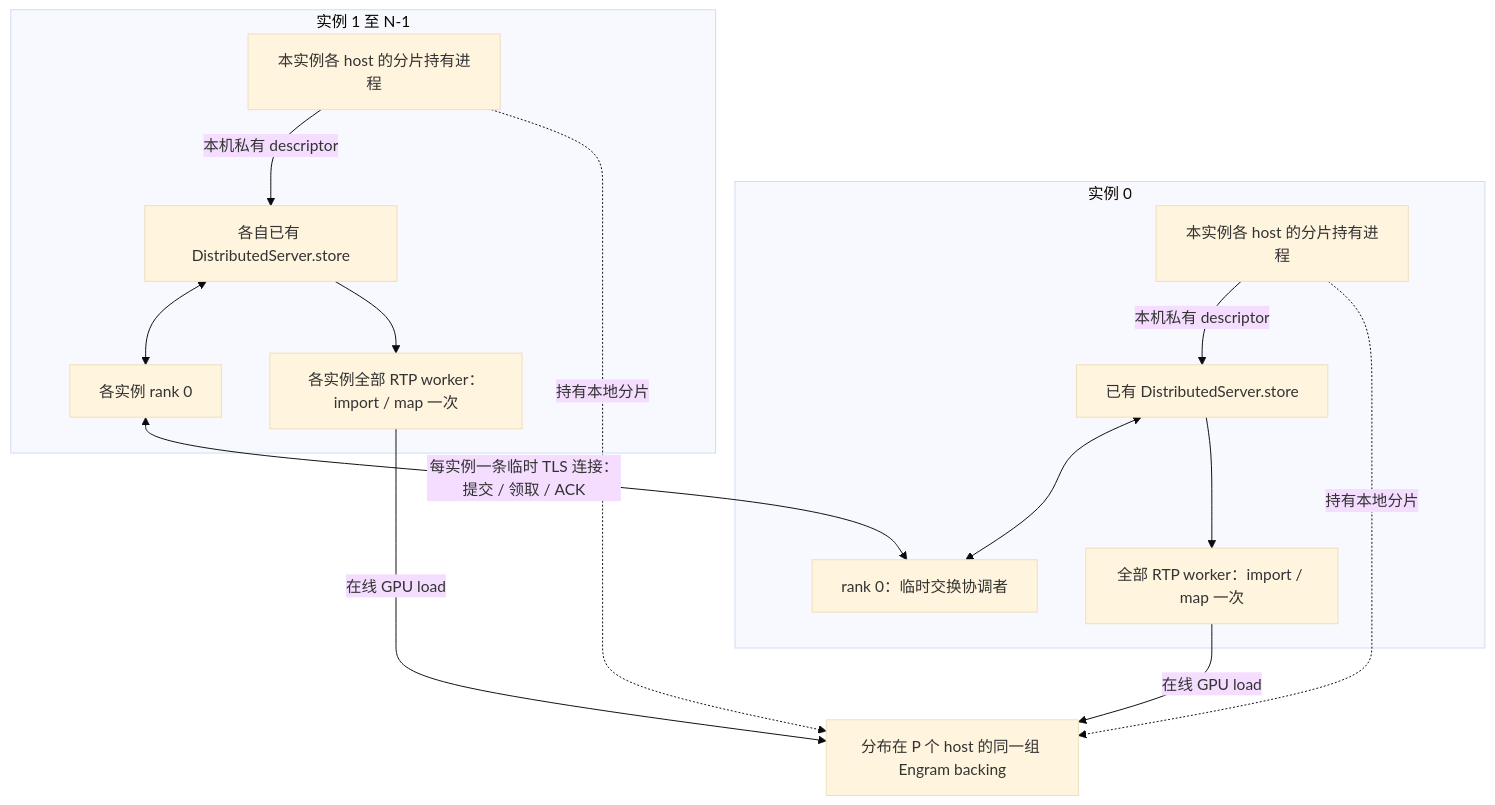
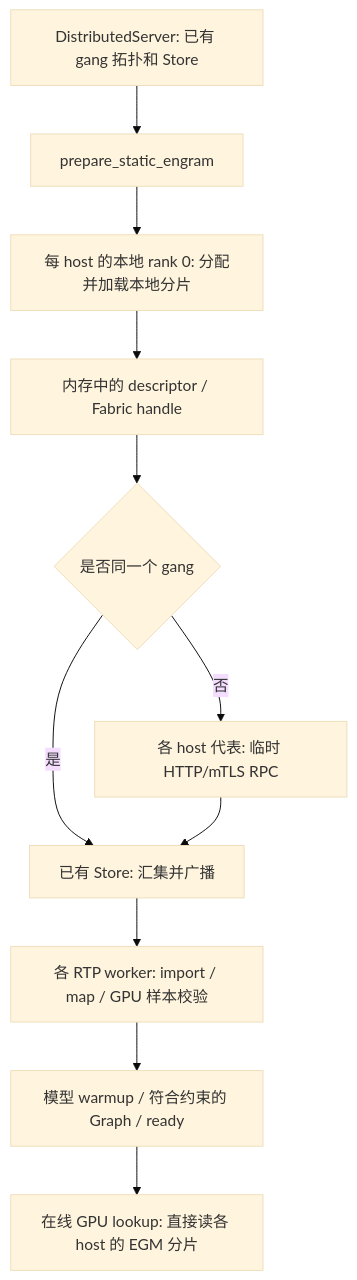
One commit to alibaba/rtp-llm changed the diagram in tools/engram_sidecar/framework/STATIC_RPC.md. Above: the diagram before and after it, drawn with Mermaid (base theme). The commit also changed other lines of this file and 10 other files, not shown here.

Commit message:
fix(engram): reuse gang topology and remove redundant startup contracts

````diff
--- a/tools/engram_sidecar/framework/STATIC_RPC.md
+++ b/tools/engram_sidecar/framework/STATIC_RPC.md
@@ -5,18 +51,13 @@
 ```mermaid
 flowchart TB
-  subgraph I0[实例 0]
-    H0[本实例各 host 的分片持有进程] -->|本机私有 descriptor| S0[已有 DistributedServer.store]
-    S0 <--> R0[rank 0：临时交换协调者]
-    S0 --> W0[全部 RTP worker：import / map 一次]
-  end
-  subgraph I1[实例 1 至 N-1]
-    H1[本实例各 host 的分片持有进程] -->|本机私有 descriptor| S1[各自已有 DistributedServer.store]
-    S1 <--> R1[各实例 rank 0]
-    S1 --> W1[各实例全部 RTP worker：import / map 一次]
-  end
-  R1 <-->|每实例一条临时 TLS 连接：提交 / 领取 / ACK| R0
-  W0 -->|在线 GPU load| MEM[分布在 P 个 host 的同一组 Engram backing]
-  W1 -->|在线 GPU load| MEM
-  H0 -.持有本地分片.-> MEM
-  H1 -.持有本地分片.-> MEM
+  W[DistributedServer: 已有 gang 拓扑和 Store] --> S[prepare_static_engram]
+  S --> H[每 host 的本地 rank 0: 分配并加载本地分片]
+  H --> D[内存中的 descriptor / Fabric handle]
+  D --> C{是否同一个 gang}
+  C -->|是| T[已有 Store: 汇集并广播]
+  C -->|否| R[各 host 代表: 临时 HTTP/mTLS RPC]
+  R --> T
+  T --> A[各 RTP worker: import / map / GPU 样本校验]
+  A --> M[模型 warmup / 符合约束的 Graph / ready]
+  M --> G[在线 GPU lookup: 直接读各 host 的 EGM 分片]
 ```
````
